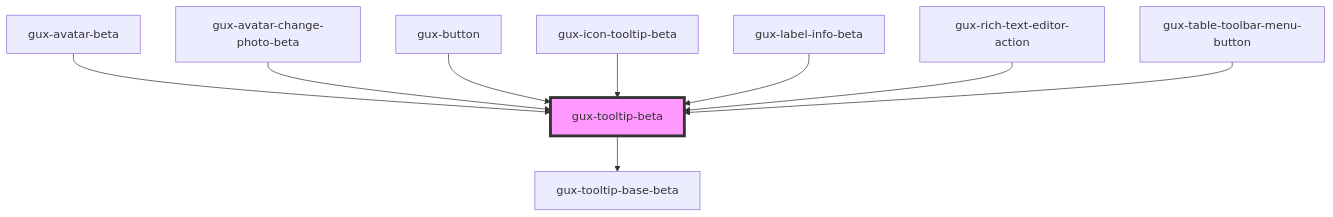
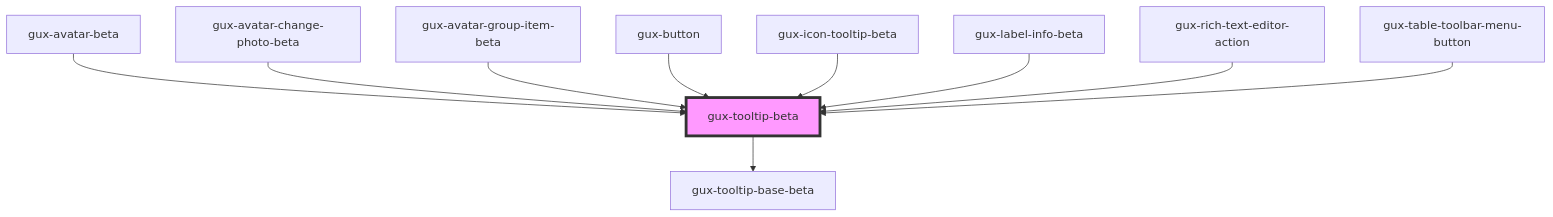
One commit to MyPureCloud/genesys-spark changed the diagram in packages/genesys-spark-components/src/components/beta/gux-tooltip-beta/readme.md. Above: the diagram before and after it, drawn with Mermaid. The commit also changed other lines of this file and 19 other files, not shown here.

Commit message:
feat(avatar-group): Basic grouping and keyboard nav

````diff
--- a/packages/genesys-spark-components/src/components/beta/gux-tooltip-beta/readme.md
+++ b/packages/genesys-spark-components/src/components/beta/gux-tooltip-beta/readme.md
@@ -83,12 +84,13 @@
 ```mermaid
 graph TD;
   gux-tooltip-beta --> gux-tooltip-base-beta
   gux-avatar-beta --> gux-tooltip-beta
   gux-avatar-change-photo-beta --> gux-tooltip-beta
+  gux-avatar-group-item-beta --> gux-tooltip-beta
   gux-button --> gux-tooltip-beta
   gux-icon-tooltip-beta --> gux-tooltip-beta
   gux-label-info-beta --> gux-tooltip-beta
   gux-rich-text-editor-action --> gux-tooltip-beta
   gux-table-toolbar-menu-button --> gux-tooltip-beta
   style gux-tooltip-beta fill:#f9f,stroke:#333,stroke-width:4px
 ```
````
